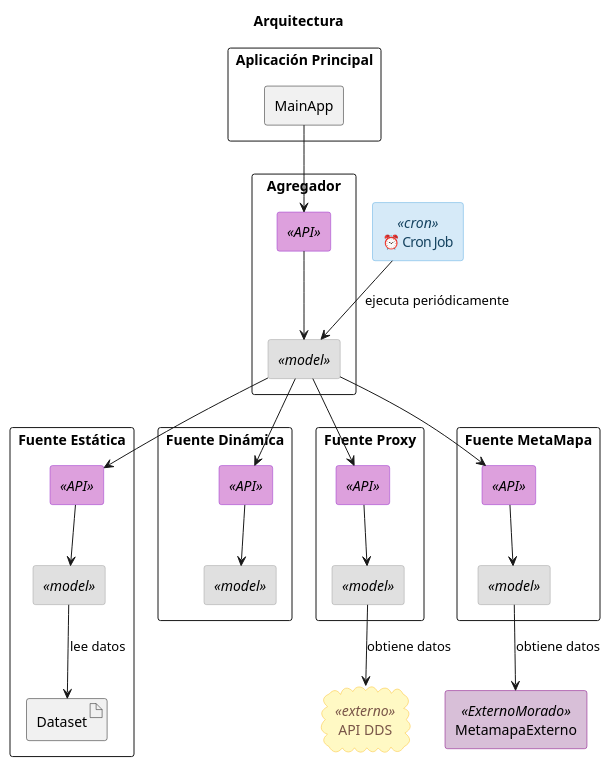
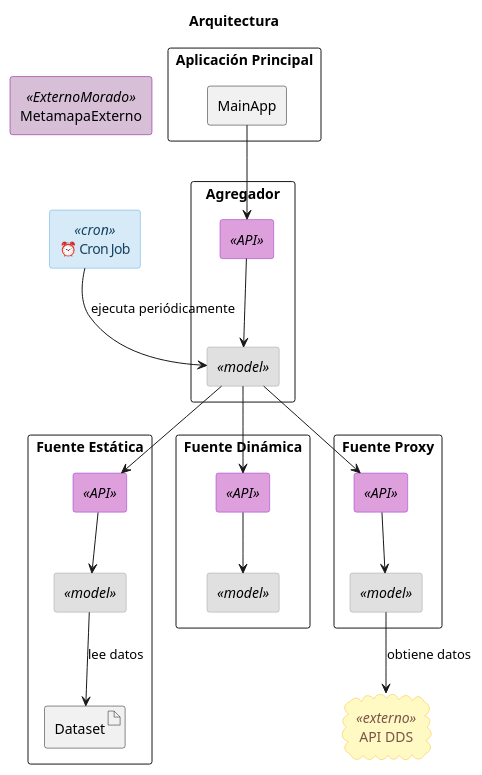
The diagram in diagrams/arquitectura.puml (nicofernandez17/backend-arquitectura-limpia), drawn with PlantUML before and after one commit. The commit also changed 12 other files, not shown here.

```diff
--- a/diagrams/arquitectura.puml
+++ b/diagrams/arquitectura.puml
@@ -1,84 +1,77 @@
 @startuml
 title Arquitectura
 
 skinparam componentStyle rectangle
 
 ' ==== Estilos personalizados ====
 skinparam component {
     BackgroundColor<<API>> #DDA0DD
     BorderColor<<API>> #9932CC
     BackgroundColor<<model>> #E0E0E0
     BorderColor<<model>> #A0A0A0
     BackgroundColor<<cron>> #D6EAF8
     BorderColor<<cron>> #5DADE2
     FontColor<<cron>> #154360
     BackgroundColor<<ExternoMorado>> #D8BFD8
     BorderColor<<ExternoMorado>> #800080
 }
 component "MetamapaExterno" <<ExternoMorado>> as MetamapaExterno
 
 
 skinparam cloud {
     BackgroundColor<<externo>> #FFF9C4
     BorderColor<<externo>> #FBC02D
     FontColor<<externo>> #795548
 }
 
 ' ==== Aplicación Principal ====
 component "Aplicación Principal" {
     [MainApp]
 }
 
 ' ==== Agregador ====
 component "Agregador" {
     [ ] <<model>> as AgregadorModel
     component " " <<API>> as AgregadorAPI
     MainApp --> AgregadorAPI
     AgregadorAPI --> AgregadorModel
 }
 
 ' ==== Cron Job con estilo ====
 component "⏰ Cron Job" <<cron>> as CronJob
 CronJob --> AgregadorModel : ejecuta periódicamente
 
 ' ==== Fuente Estática ====
 component "Fuente Estática" {
     [ ] <<model>> as EstaticaModel
     component " " <<API>> as EstaticaAPI
     artifact "Dataset" as EstaticaDataset
     AgregadorModel --> EstaticaAPI
     EstaticaAPI --> EstaticaModel
     EstaticaModel --> EstaticaDataset : lee datos
 }
 
 ' ==== Fuente Dinámica ====
 component "Fuente Dinámica" {
     [ ] <<model>> as DinamicaModel
     component " " <<API>> as DinamicaAPI
     AgregadorModel --> DinamicaAPI
     DinamicaAPI --> DinamicaModel
 }
 
 ' ==== Fuente Proxy ====
 component "Fuente Proxy" {
     [ ] <<model>> as ProxyModel
     component " " <<API>> as ProxyAPI
     AgregadorModel --> ProxyAPI
     ProxyAPI --> ProxyModel
 }
 
-' ==== metamapa ====
-component "Fuente MetaMapa" {
-    [ ] <<model>> as MetamapaModel
-    component " " <<API>> as MetamapaApi
-    AgregadorModel --> MetamapaApi
-    MetamapaApi --> MetamapaModel
-}
+
 
 ' ==== Servicio Externo (Nube Amarilla) ====
 cloud "API DDS" <<externo>> as ServicioExterno
 ProxyModel --> ServicioExterno : obtiene datos
 
-' ==== MetaMapa Externo (Rectangulo Morado) ====
-MetamapaModel --> MetamapaExterno : obtiene datos
+
 @enduml
```
